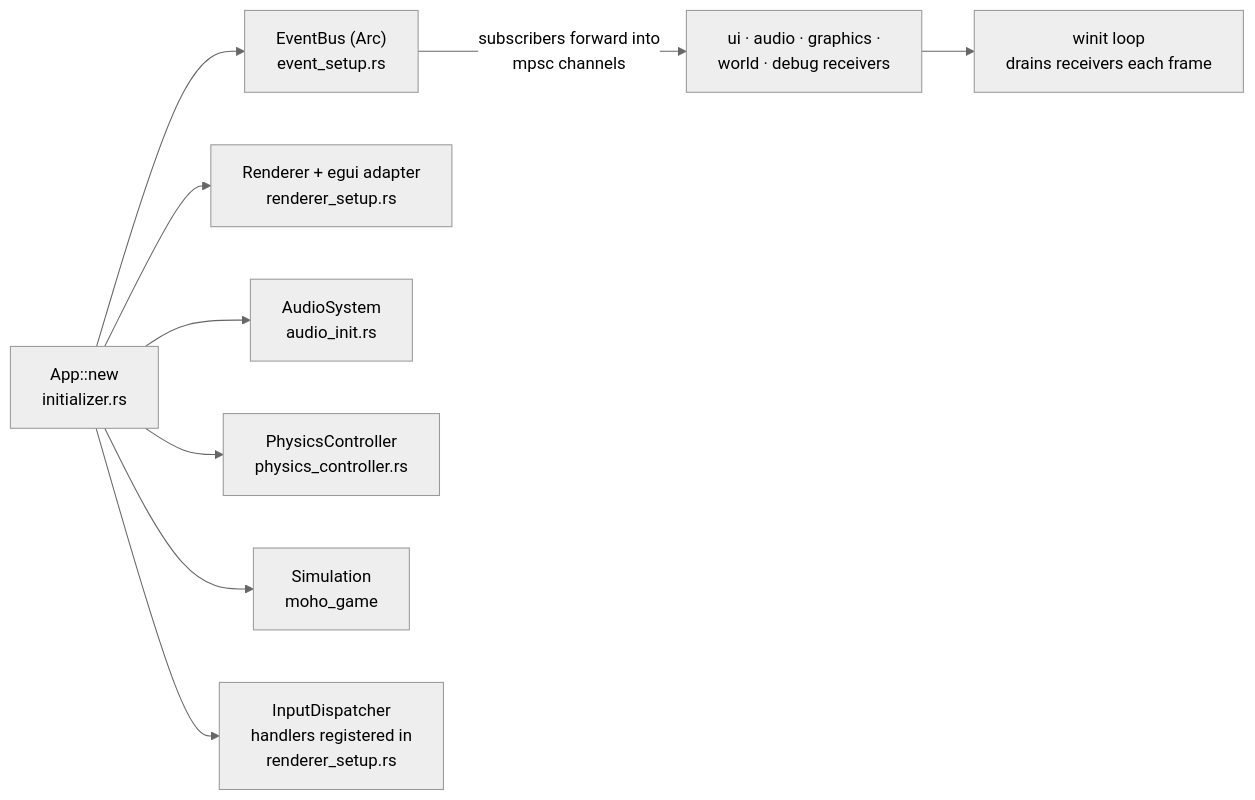
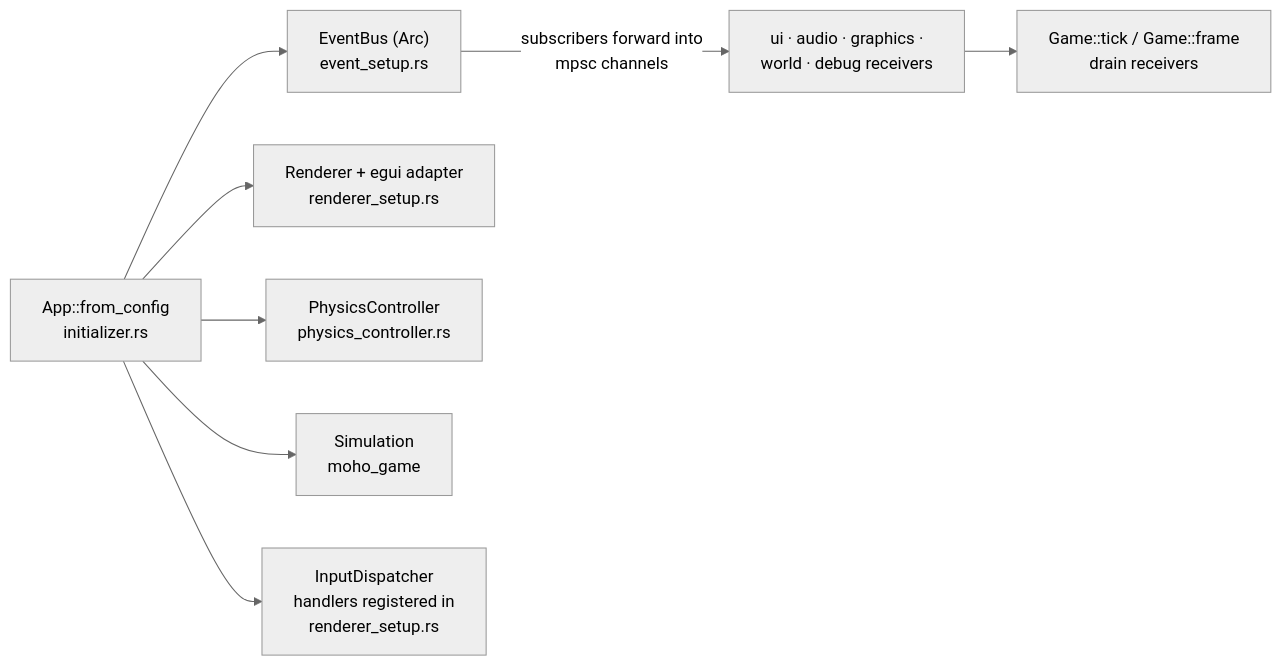
The third of 3 diagrams in wiki/architecture/overview.md (WrackedFella/moho), drawn with Mermaid (neutral theme) before and after one commit. The commit also changed other lines of this file and 28 other files, not shown here.

First line of the commit message:
feat(app): ENG-F11-02, the strategy game runs on the engine's app loop (#240)

````diff
--- a/wiki/architecture/overview.md
+++ b/wiki/architecture/overview.md
@@ -134,11 +138,10 @@
 ```mermaid
 flowchart LR
-    init["App::new<br/>initializer.rs"] --> bus["EventBus (Arc)<br/>event_setup.rs"]
+    init["App::from_config<br/>initializer.rs"] --> bus["EventBus (Arc)<br/>event_setup.rs"]
     init --> rend["Renderer + egui adapter<br/>renderer_setup.rs"]
-    init --> aud["AudioSystem<br/>audio_init.rs"]
     init --> phys["PhysicsController<br/>physics_controller.rs"]
     init --> sim["Simulation<br/>moho_game"]
     init --> disp["InputDispatcher<br/>handlers registered in<br/>renderer_setup.rs"]
     bus -->|"subscribers forward into<br/>mpsc channels"| chans["ui · audio · graphics ·<br/>world · debug receivers"]
-    chans --> loop["winit loop<br/>drains receivers each frame"]
+    chans --> loop["Game::tick / Game::frame<br/>drain receivers"]
 ```
````
